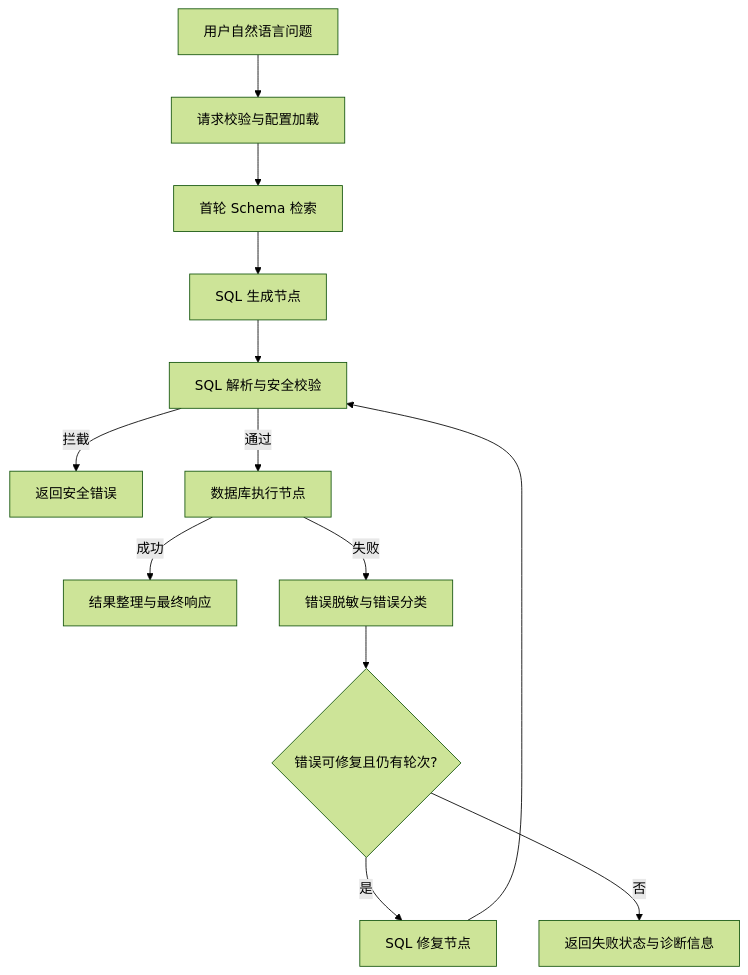
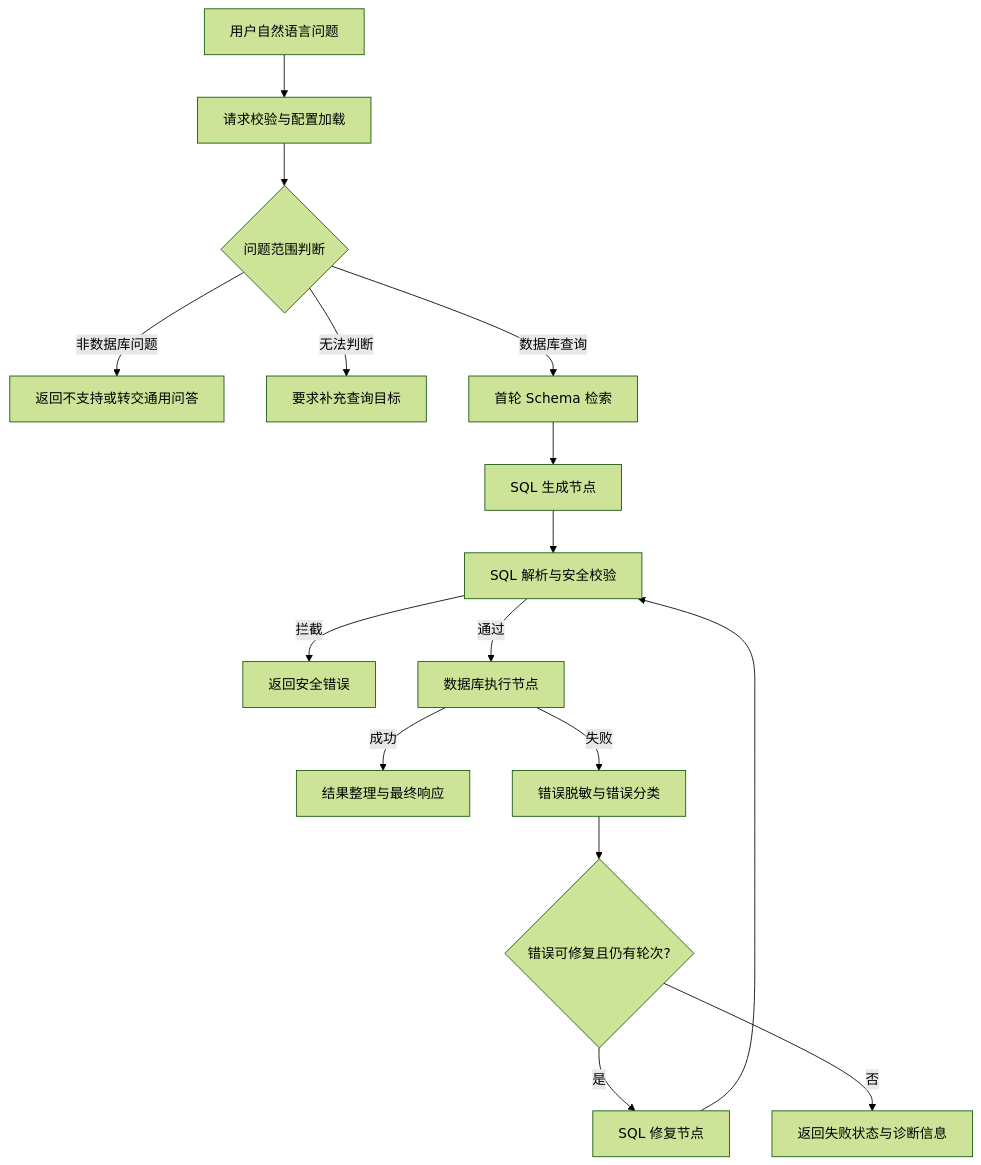
The first of 2 diagrams in docs/项目说明文档.md (ls-5s/Chain-NL2SQL), drawn with Mermaid (forest theme) before and after one commit. The commit also changed other lines of this file and 7 other files, not shown here.

````diff
--- a/docs/项目说明文档.md
+++ b/docs/项目说明文档.md
@@ -50,15 +52,18 @@
 ```mermaid
 flowchart TD
     A[用户自然语言问题] --> B[请求校验与配置加载]
-    B --> C[首轮 Schema 检索]
-    C --> D[SQL 生成节点]
-    D --> E[SQL 解析与安全校验]
-    E -->|拦截| X[返回安全错误]
-    E -->|通过| F[数据库执行节点]
-    F -->|成功| G[结果整理与最终响应]
-    F -->|失败| H[错误脱敏与错误分类]
-    H --> I{错误可修复且仍有轮次?}
-    I -->|是| J[SQL 修复节点]
-    J --> E
-    I -->|否| K[返回失败状态与诊断信息]
+    B --> C{问题范围判断}
+    C -->|非数据库问题| N[返回不支持或转交通用问答]
+    C -->|无法判断| U[要求补充查询目标]
+    C -->|数据库查询| D[首轮 Schema 检索]
+    D --> E[SQL 生成节点]
+    E --> F[SQL 解析与安全校验]
+    F -->|拦截| X[返回安全错误]
+    F -->|通过| G[数据库执行节点]
+    G -->|成功| H[结果整理与最终响应]
+    G -->|失败| I[错误脱敏与错误分类]
+    I --> J{错误可修复且仍有轮次?}
+    J -->|是| K[SQL 修复节点]
+    K --> F
+    J -->|否| L[返回失败状态与诊断信息]
 ```
````
